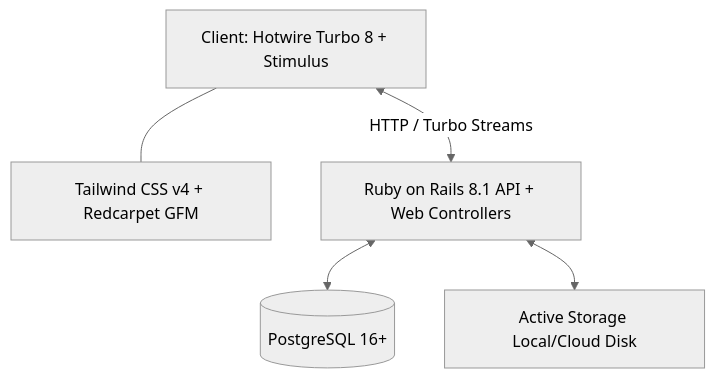
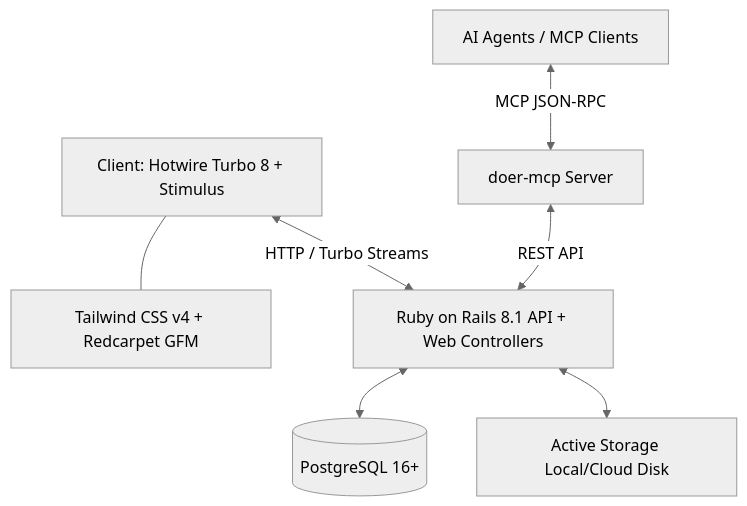
Before and after one commit to leouofa/doer: the diagram in README.md, drawn with Mermaid (neutral theme). The commit also changed other lines of this file and 8 other files, not shown here.

````diff
--- a/README.md
+++ b/README.md
@@ -64,13 +70,17 @@
 ```mermaid
 graph TD
     Browser[Client: Hotwire Turbo 8 + Stimulus]
+    MCPAgent[AI Agents / MCP Clients]
+    MCPServer[doer-mcp Server]
     Tailwind[Tailwind CSS v4 + Redcarpet GFM]
     Rails[Ruby on Rails 8.1 API + Web Controllers]
     Postgres[(PostgreSQL 16+)]
     Storage[Active Storage Local/Cloud Disk]
 
     Browser <-->|HTTP / Turbo Streams| Rails
     Browser --- Tailwind
+    MCPAgent <-->|MCP JSON-RPC| MCPServer
+    MCPServer <-->|REST API| Rails
     Rails <--> Postgres
     Rails <--> Storage
 ```
````
